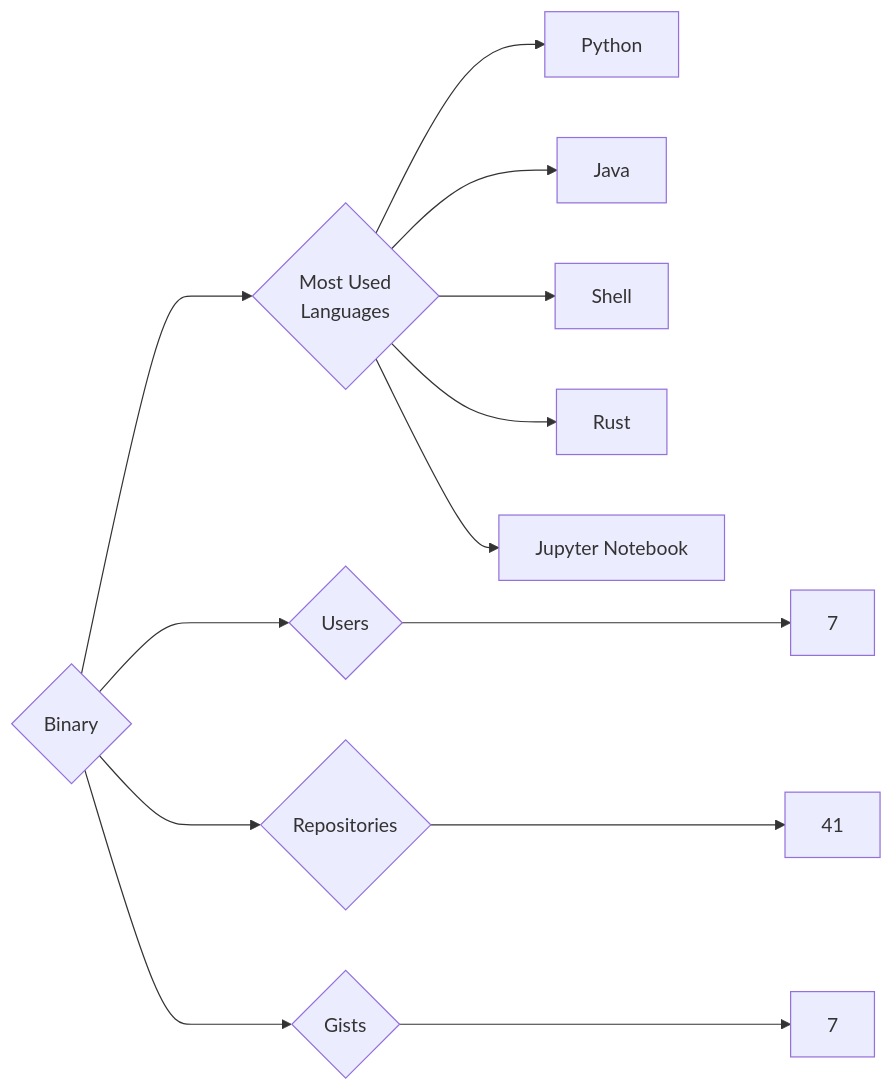
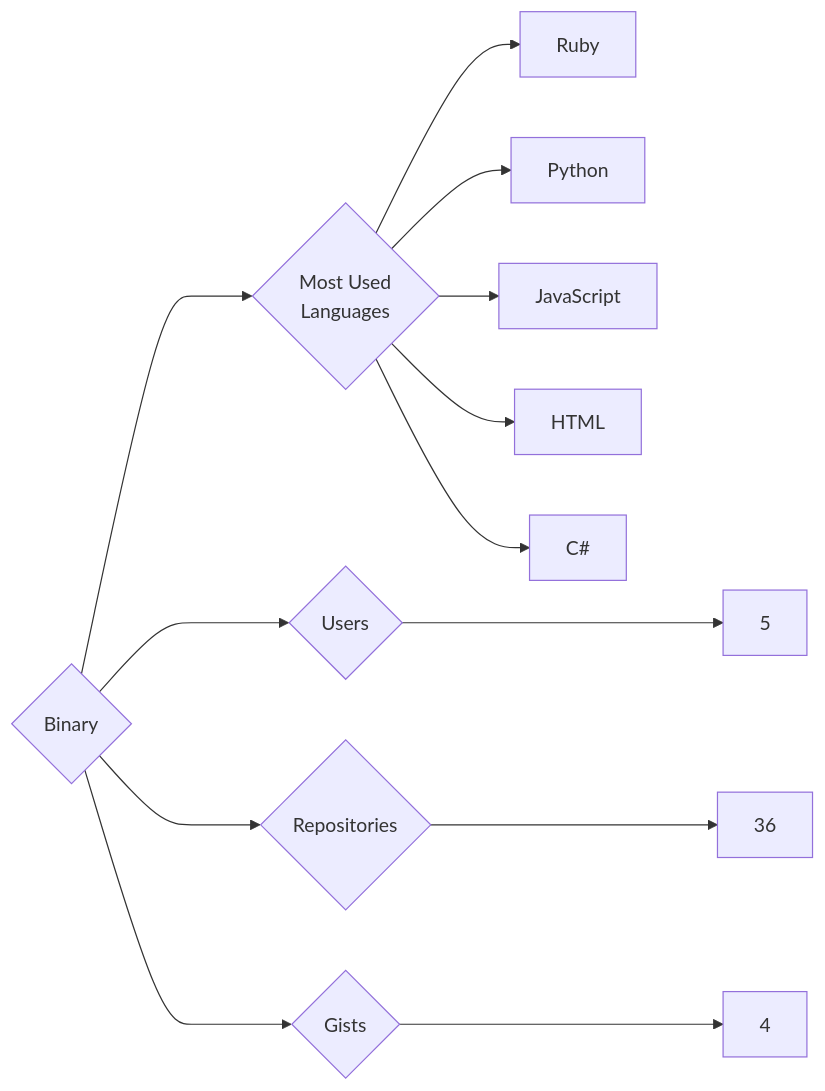
The diagram in targets/Binary/README.md (trickest/insiders), drawn with Mermaid before and after one commit. The commit also changed 1238 other files, not shown here.

````diff
--- a/targets/Binary/README.md
+++ b/targets/Binary/README.md
@@ -3,13 +3,13 @@
 ```mermaid
 graph LR
 COMPANY_NAME{Binary}
-COMPANY_NAME ---> U{Users} ---> UN[7]
-COMPANY_NAME ---> R{Repositories} ---> RN[41]
-COMPANY_NAME ---> G{Gists} ---> GN[7]
+COMPANY_NAME ---> U{Users} ---> UN[5]
+COMPANY_NAME ---> R{Repositories} ---> RN[36]
+COMPANY_NAME ---> G{Gists} ---> GN[4]
 COMPANY_NAME ---> ML{Most Used<br>Languages}
+ML --> Ruby[Ruby]
 ML --> Python[Python]
-ML --> Java[Java]
-ML --> Shell[Shell]
-ML --> Rust[Rust]
-ML --> Jupyter_Notebook[Jupyter Notebook]
+ML --> JavaScript[JavaScript]
+ML --> HTML[HTML]
+ML --> C#[C#]
 ```
````
